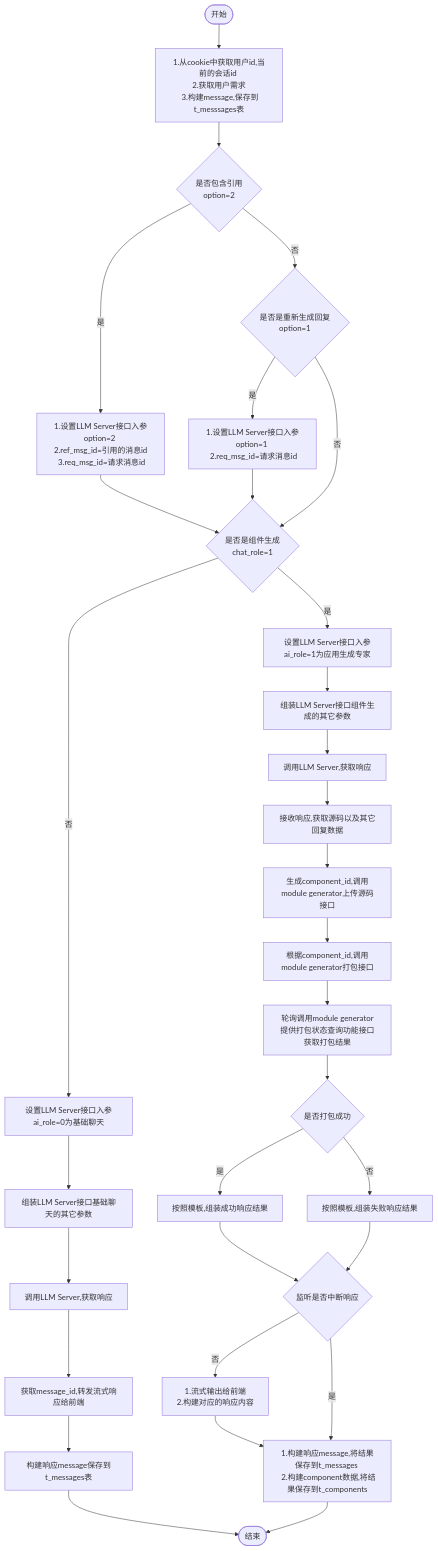
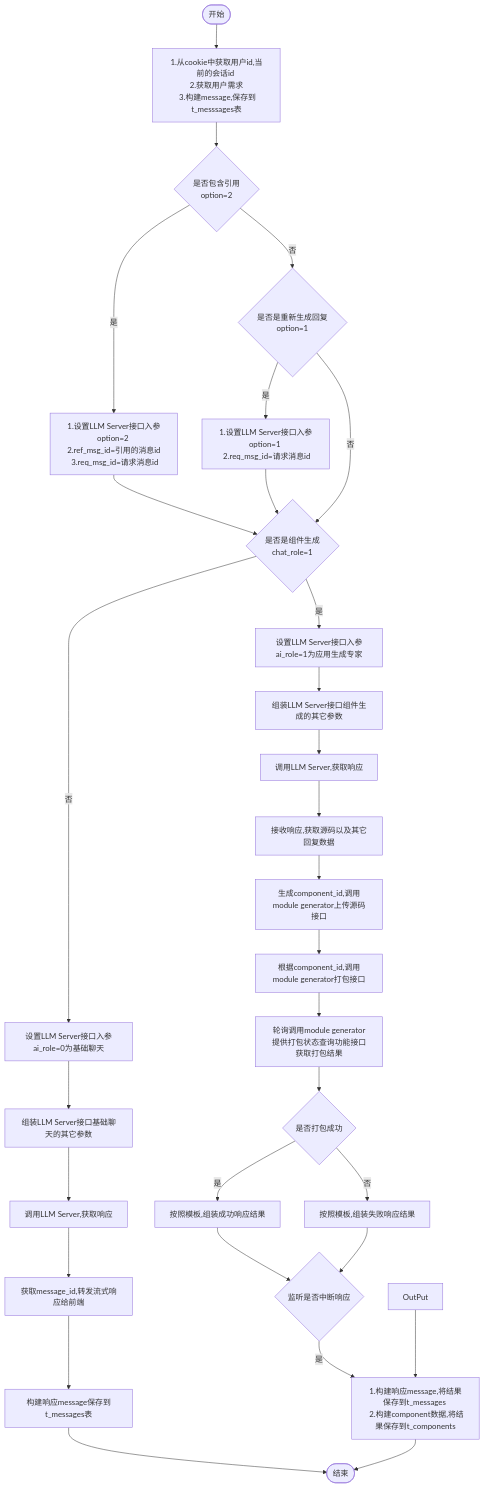
One commit to yingjianzh/iodraw-files changed the diagram in all/w3-会话-不需要传递message.md. Above: the diagram before and after it, drawn with Mermaid.

Commit message:
2024-10-15 15:16:39 update

````diff
--- a/all/w3-会话-不需要传递message.md
+++ b/all/w3-会话-不需要传递message.md
@@ -1,37 +1,37 @@
 ```mermaid
 flowchart TD
     A([开始]) --> B[1.从cookie中获取用户id,当前的会话id \n 2.获取用户需求 \n 3.构建message,保存到t_messsages表]
     B--> D{是否包含引用 \n option=2}
     D -- 是 --> E[1.设置LLM Server接口入参option=2 \n 2.ref_msg_id=引用的消息id \n 3.req_msg_id=请求消息id]
     D -- 否 --> F{是否是重新生成回复\n option=1}
     F -- 是 --> G[1.设置LLM Server接口入参option=1 \n 2.req_msg_id=请求消息id]
     F -- 否 --> I
      
     E & G --> I{是否是组件生成 \n chat_role=1}
     I -- 否 --> K[设置LLM Server接口入参ai_role=0为基础聊天]
     I -- 是 --> J[设置LLM Server接口入参ai_role=1为应用生成专家]
     
 
     J --> L[组装LLM Server接口组件生成的其它参数]    
     K --> M[组装LLM Server接口基础聊天的其它参数]    
     M --> N[调用LLM Server,获取响应]    
     N --> O[获取message_id,转发流式响应给前端]
     O --> P[构建响应message保存到t_messages表]
     P --> R([结束])
 
 
     L --> S[调用LLM Server,获取响应]
     S --> T[接收响应,获取源码以及其它回复数据]
     T --> U[生成component_id,调用module generator上传源码接口]
     U --> V[根据component_id,调用module generator打包接口]
     V --> W[轮询调用module generator提供打包状态查询功能接口获取打包结果]
     W --> X{是否打包成功}
     X -- 是 --> Y[按照模板,组装成功响应结果]
     X -- 否 --> Z[按照模板,组装失败响应结果]
     Y & Z --> Done{监听是否中断响应}
-    Done -- 否 --> OutPut[1.流式输出给前端 \n 2.构建对应的响应内容]
+    
     Done -- 是 --> Result
     
     OutPut --> Result[1.构建响应message,将结果保存到t_messages \n 2.构建component数据,将结果保存到t_components]
     Result --> R
 ```
````
